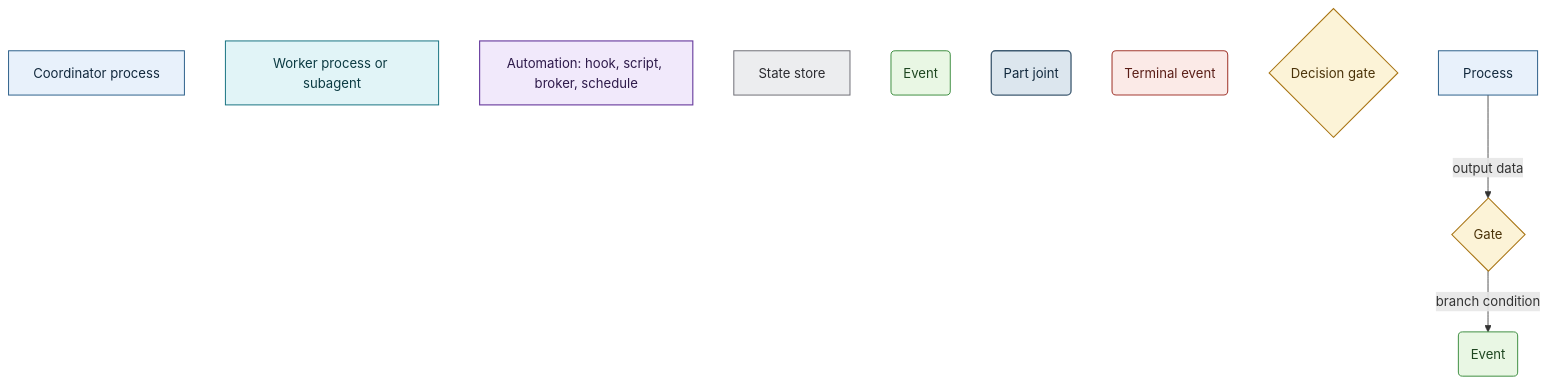
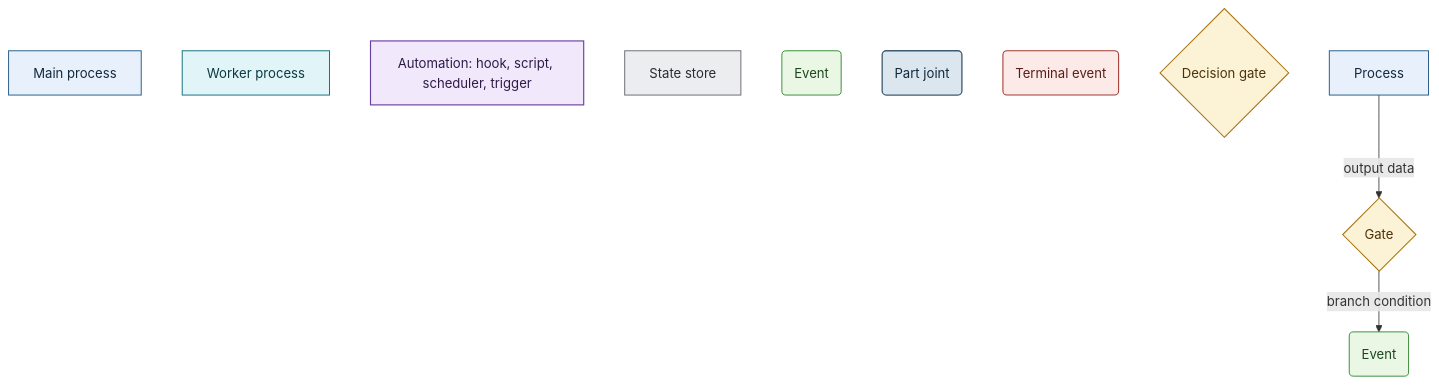
The diagram in plugins/dev-cycle/skills/plan-feature/references/process-diagram-convention.md (pavelbender/dev-cycle-skills), drawn with Mermaid before and after one commit. The commit also changed other lines of this file and 19 other files, not shown here.

````diff
--- a/plugins/dev-cycle/skills/plan-feature/references/process-diagram-convention.md
+++ b/plugins/dev-cycle/skills/plan-feature/references/process-diagram-convention.md
@@ -53,33 +50,33 @@
 ```mermaid
 flowchart TD
 
-L1["Coordinator process"]
-L2["Worker process or subagent"]
-L3["Automation: hook, script, broker, schedule"]
+L1["Main process"]
+L2["Worker process"]
+L3["Automation: hook, script, scheduler, trigger"]
 L4["State store"]
 L5("Event")
 L6("Part joint")
 L7("Terminal event")
 L8{"Decision gate"}
 
 LA["Process"] -->|"output data"| LB{"Gate"}
 LB -->|"branch condition"| LC("Event")
 
 classDef proc fill:#E8F1FB,stroke:#2C5F8A,stroke-width:1.2px,color:#12293D
 classDef work fill:#E1F4F7,stroke:#177281,stroke-width:1.2px,color:#0B3A42
 classDef auto fill:#F1E9FB,stroke:#6B3FA0,stroke-width:1.4px,color:#2E1A4A
 classDef store fill:#ECEDEF,stroke:#6E6E76,stroke-width:1.2px,color:#2B2B30
 classDef evt fill:#E9F7E4,stroke:#3E8E41,stroke-width:1.2px,color:#1E4620
 classDef io fill:#DCE6EE,stroke:#3F5B72,stroke-width:1.6px,color:#12293D
 classDef stop fill:#FBEAE7,stroke:#A33B32,stroke-width:1.3px,color:#5A1E17
 classDef gate fill:#FCF3D7,stroke:#A87413,stroke-width:1.3px,color:#4A3208
 
 class L1,LA proc
 class L2 work
 class L3 auto
 class L4 store
 class L5,LC evt
 class L6 io
 class L7 stop
 class L8,LB gate
 ```
````
